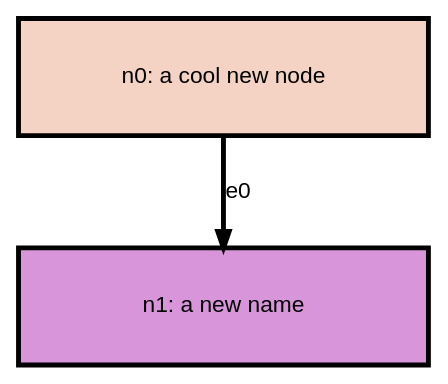
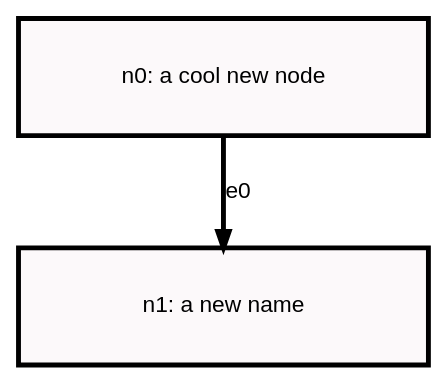
Before and after one commit to stevecooperorg/microdot: the diagram in examples/readme_example_1.dot, drawn with Graphviz. The commit also changed 10 other files, not shown here.

```diff
--- a/examples/readme_example_1.dot
+++ b/examples/readme_example_1.dot
@@ -1,12 +1,12 @@
 digraph {
 
     graph [fontname = "helvetica" rankdir=TB ranksep=0.75 nodesep=0.5];
     node [fontname = "helvetica" style="filled" shape=box height=1 width=3.5 penwidth=3];
     edge [fontname = "helvetica" penwidth=3 color="#000"];
 
-    "n0" [label="n0: a cool new node" fillcolor="#F4D3C4" color="#000" fontcolor="#000"]
-    "n1" [label="n1: a new name" fillcolor="#D895DA" color="#000" fontcolor="#000"]
+    "n0" [label="n0: a cool new node" fillcolor="#FCF9FA" color="#000" fontcolor="#000"];
+    "n1" [label="n1: a new name" fillcolor="#FCF9FA" color="#000" fontcolor="#000"];
 
     "n0" -> "n1" [label="e0"];
 
 }
```
